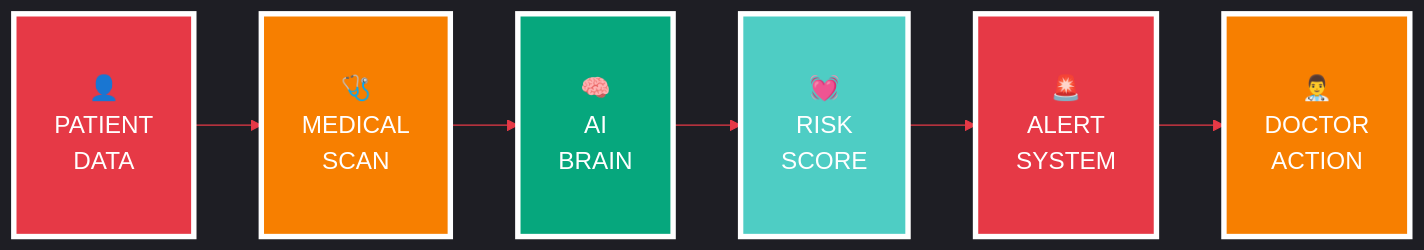
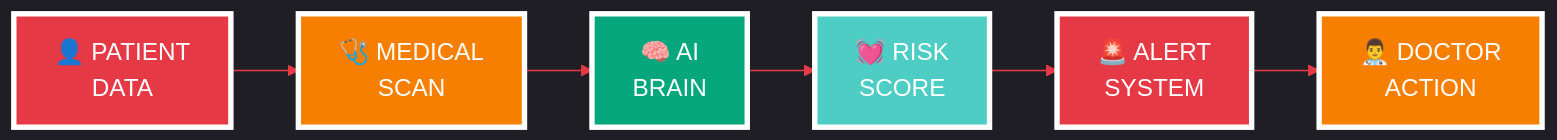
The diagram in README.md (alam025/heart-disease-prediction-ml-cardiology), drawn with Mermaid before and after one commit. The commit also changed other lines of this file, not shown here.

````diff
--- a/README.md
+++ b/README.md
@@ -78,16 +62,16 @@
 ```mermaid
 %%{init: {'theme':'dark', 'themeVariables': { 'primaryColor':'#E63946','secondaryColor':'#F77F00','tertiaryColor':'#4ECDC4','lineColor':'#E63946','fontSize':'18px'}}}%%
 graph LR
-    A["<br/>👤<br/>PATIENT<br/>DATA<br/><br/>"] --> B["<br/>🩺<br/>MEDICAL<br/>SCAN<br/><br/>"]
-    B --> C["<br/>🧠<br/>AI<br/>BRAIN<br/><br/>"]
-    C --> D["<br/>💓<br/>RISK<br/>SCORE<br/><br/>"]
-    D --> E["<br/>🚨<br/>ALERT<br/>SYSTEM<br/><br/>"]
-    E --> F["<br/>👨‍⚕️<br/>DOCTOR<br/>ACTION<br/><br/>"]
+    A[👤 PATIENT<br/>DATA] --> B[🩺 MEDICAL<br/>SCAN]
+    B --> C[🧠 AI<br/>BRAIN]
+    C --> D[💓 RISK<br/>SCORE]
+    D --> E[🚨 ALERT<br/>SYSTEM]
+    E --> F[👨‍⚕️ DOCTOR<br/>ACTION]
     
     style A fill:#E63946,stroke:#fff,stroke-width:4px,color:#fff
     style B fill:#F77F00,stroke:#fff,stroke-width:4px,color:#fff
     style C fill:#06A77D,stroke:#fff,stroke-width:4px,color:#fff
     style D fill:#4ECDC4,stroke:#fff,stroke-width:4px,color:#fff
     style E fill:#E63946,stroke:#fff,stroke-width:4px,color:#fff
     style F fill:#F77F00,stroke:#fff,stroke-width:4px,color:#fff
 ```
````
